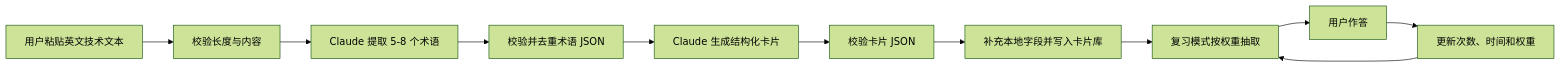
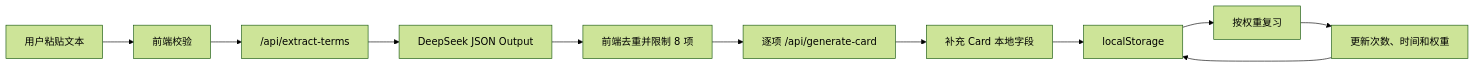
The diagram in docs/design.md (hexingyuing-glitch/techlex), drawn with Mermaid (forest theme) before and after one commit. The commit also changed other lines of this file and 57 other files, not shown here.

````diff
--- a/docs/design.md
+++ b/docs/design.md
@@ -109,13 +108,13 @@
 ```mermaid
 flowchart LR
-    A["用户粘贴英文技术文本"] --> B["校验长度与内容"]
-    B --> C["Claude 提取 5-8 个术语"]
-    C --> D["校验并去重术语 JSON"]
-    D --> E["Claude 生成结构化卡片"]
-    E --> F["校验卡片 JSON"]
-    F --> G["补充本地字段并写入卡片库"]
-    G --> H["复习模式按权重抽取"]
-    H --> I["用户作答"]
+    A["用户粘贴文本"] --> B["前端校验"]
+    B --> C["/api/extract-terms"]
+    C --> D["DeepSeek JSON Output"]
+    D --> E["前端去重并限制 8 项"]
+    E --> F["逐项 /api/generate-card"]
+    F --> G["补充 Card 本地字段"]
+    G --> H["localStorage"]
+    H --> I["按权重复习"]
     I --> J["更新次数、时间和权重"]
     J --> H
 ```
````
